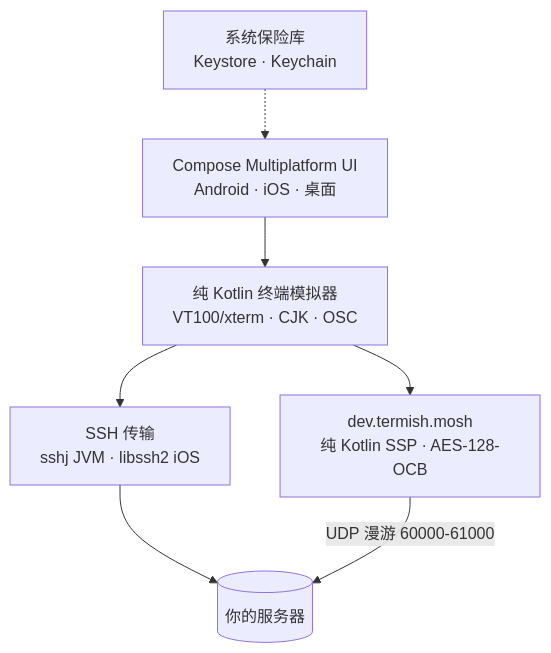
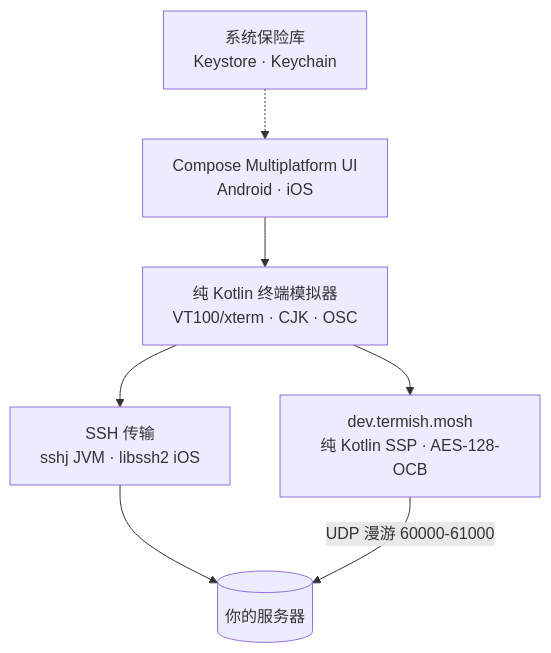
One commit to farlume/termish changed the diagram in README.zh-CN.md. Above: the diagram before and after it, drawn with Mermaid. The commit also changed other lines of this file and 106 other files, not shown here.

````diff
--- a/README.zh-CN.md
+++ b/README.zh-CN.md
@@ -107,9 +101,9 @@
 ```mermaid
 flowchart TB
-    UI[Compose Multiplatform UI<br/>Android · iOS · 桌面] --> TERM[纯 Kotlin 终端模拟器<br/>VT100/xterm · CJK · OSC]
+    UI[Compose Multiplatform UI<br/>Android · iOS] --> TERM[纯 Kotlin 终端模拟器<br/>VT100/xterm · CJK · OSC]
     TERM --> SSH[SSH 传输<br/>sshj JVM · libssh2 iOS]
     TERM --> MOSH[dev.termish.mosh<br/>纯 Kotlin SSP · AES-128-OCB]
     SSH --> SRV[(你的服务器)]
     MOSH -->|UDP 漫游 60000-61000| SRV
     SEC[系统保险库<br/>Keystore · Keychain] -.-> UI
 ```
````
